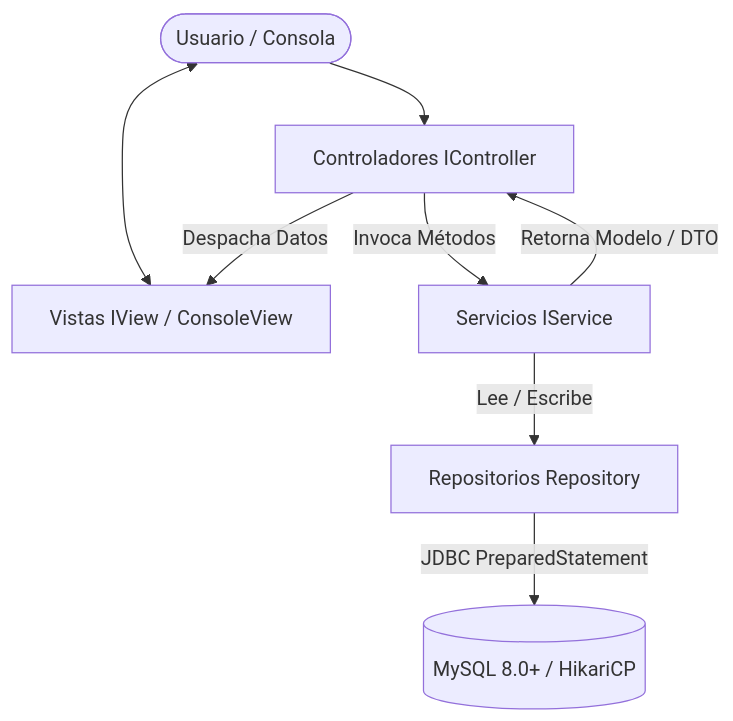
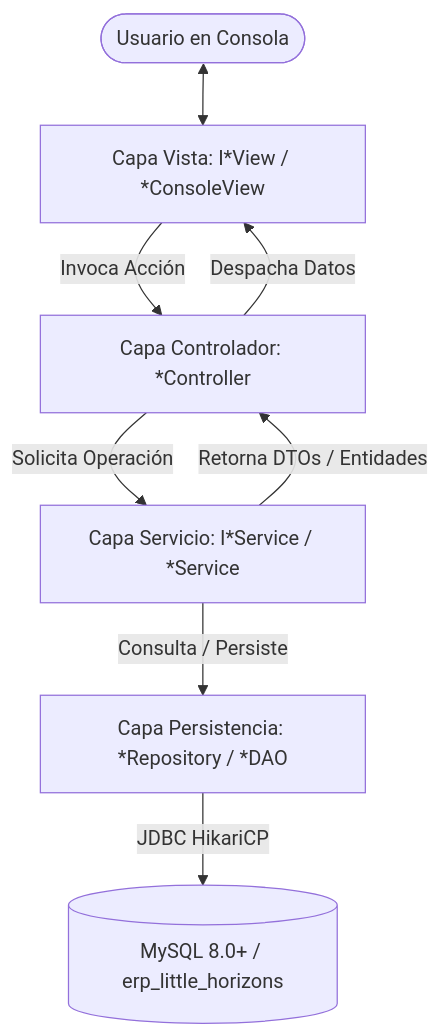
Before and after one commit to Jlebot7/LittleHorizons: the diagram in README.md, drawn with Mermaid. The commit also changed other lines of this file and 16 other files, not shown here.

````diff
--- a/README.md
+++ b/README.md
@@ -42,10 +47,10 @@
 ```mermaid
-flowchart TD
-    User([Usuario / Consola]) <--> View[Vistas IView / ConsoleView]
-    User --> Controller[Controladores IController]
-    Controller -->|Invoca Métodos| Service[Servicios IService]
-    Service -->|Lee / Escribe| Repository[Repositorios Repository]
-    Repository -->|JDBC PreparedStatement| DB[(MySQL 8.0+ / HikariCP)]
-    Service -->|Retorna Modelo / DTO| Controller
+graph TD
+    User([Usuario en Consola]) <--> View[Capa Vista: I*View / *ConsoleView]
+    View -->|Invoca Acción| Controller[Capa Controlador: *Controller]
+    Controller -->|Solicita Operación| Service[Capa Servicio: I*Service / *Service]
+    Service -->|Consulta / Persiste| DAO[Capa Persistencia: *Repository / *DAO]
+    DAO -->|JDBC HikariCP| DB[(MySQL 8.0+ / erp_little_horizons)]
+    Service -->|Retorna DTOs / Entidades| Controller
     Controller -->|Despacha Datos| View
 ```
````
